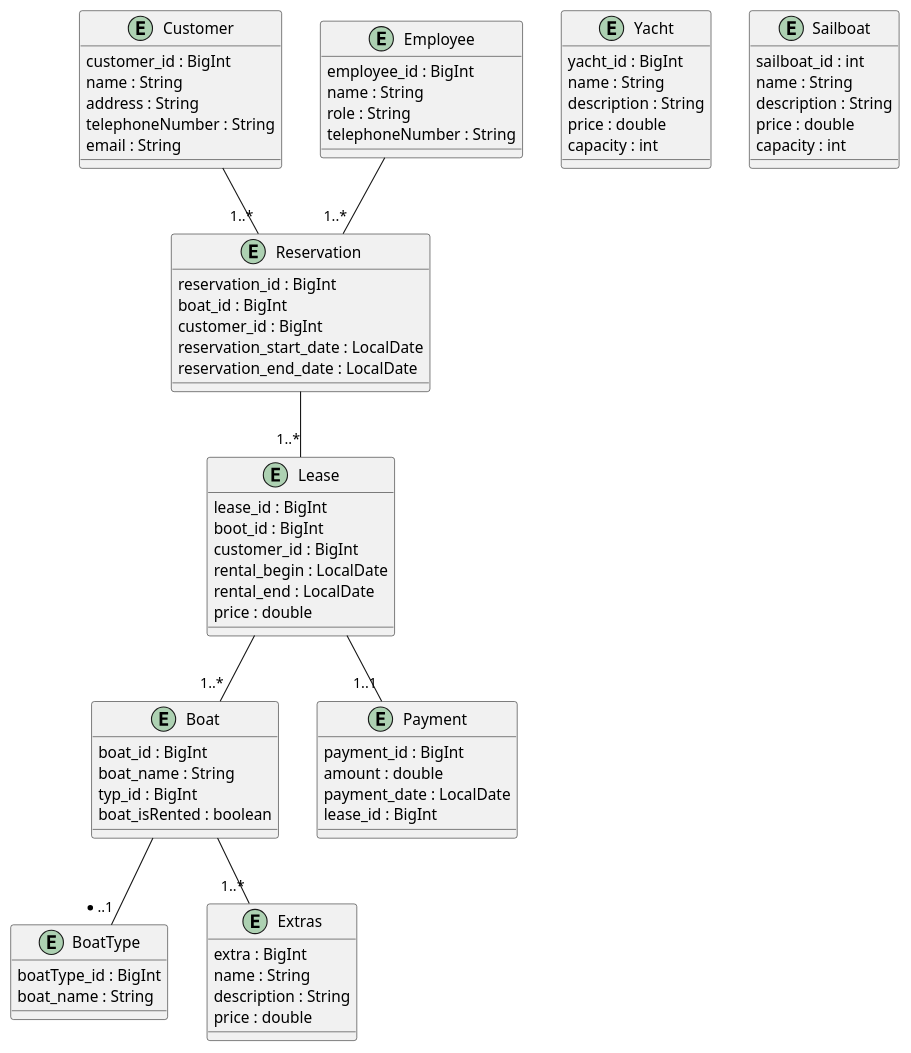
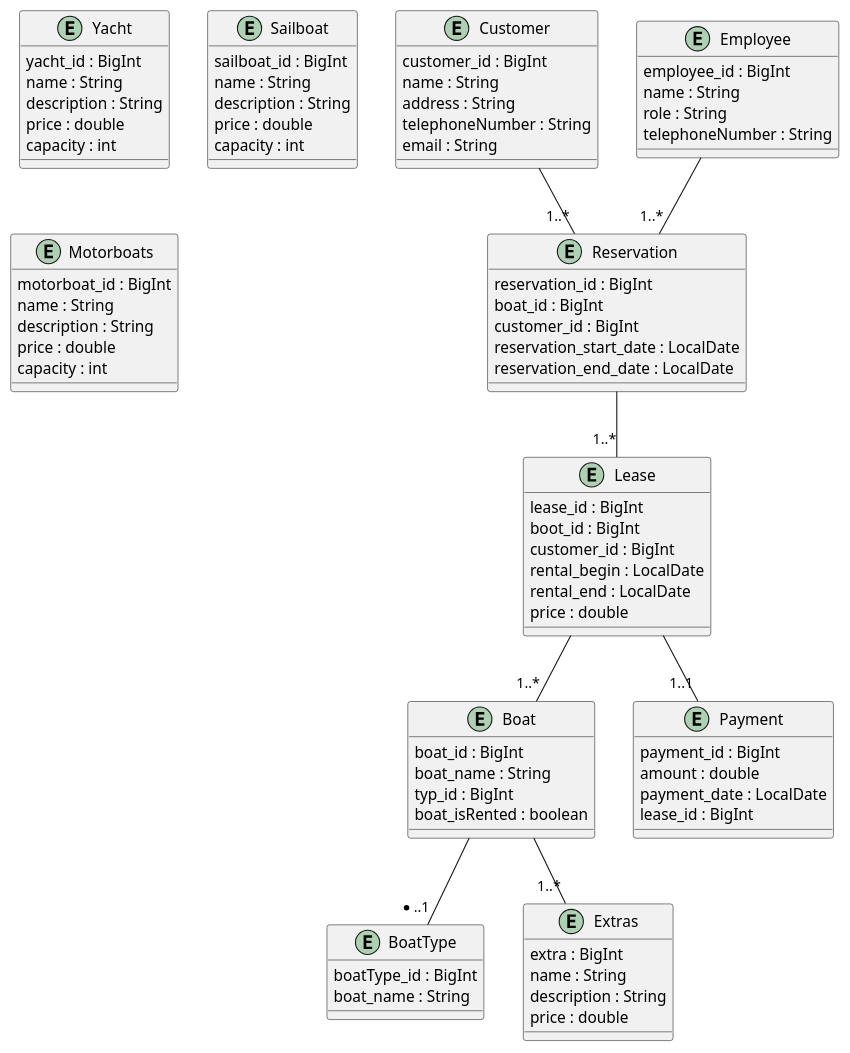
One commit to 2425-4bhitm-insy/jpa-project-v2-boat-rental changed the diagram in boat-rental/puml/boat-rental.puml. Above: the diagram before and after it, drawn with PlantUML.

```diff
--- a/boat-rental/puml/boat-rental.puml
+++ b/boat-rental/puml/boat-rental.puml
@@ -1,93 +1,101 @@
 @startuml
 entity Boat {
     boat_id : BigInt
     boat_name : String
     typ_id : BigInt
     boat_isRented : boolean
 }
 
 entity Customer {
     customer_id : BigInt
     name : String
     address : String
     telephoneNumber : String
     email : String
 }
 
 entity Lease {
     lease_id : BigInt
     boot_id : BigInt
     customer_id : BigInt
     rental_begin : LocalDate
     rental_end : LocalDate
     price : double
 }
 
 entity Payment {
     payment_id : BigInt
     amount : double
     payment_date : LocalDate
     lease_id : BigInt
 }
 
 entity Employee {
     employee_id : BigInt
     name : String
     role : String
     telephoneNumber : String
 }
 
 entity Reservation {
     reservation_id : BigInt
     boat_id : BigInt
     customer_id : BigInt
     reservation_start_date : LocalDate
     reservation_end_date : LocalDate
 }
 
 entity BoatType {
     boatType_id : BigInt
     boat_name : String
 }
 
 entity Extras {
     extra : BigInt
     name : String
     description : String
     price : double
 }
 
 entity Yacht {
     yacht_id : BigInt
     name : String
     description : String
     price : double
     capacity : int
 }
 
 entity Sailboat {
-    sailboat_id : int
+    sailboat_id : BigInt
+    name : String
+    description : String
+    price : double
+    capacity : int
+}
+
+entity Motorboats {
+    motorboat_id : BigInt
     name : String
     description : String
     price : double
     capacity : int
 }
 
 
 ' Beziehungen
 
 Customer -- "1..*" Reservation
 Employee -- "1..*" Reservation
 
 Reservation -- "1..*" Lease
 Lease -- "1..1" Payment
 
 Lease -- "1..*" Boat
 
 Boat -- "*..1" BoatType
 Boat -- "1..*" Extras
 
 
 
 
 @enduml
```
